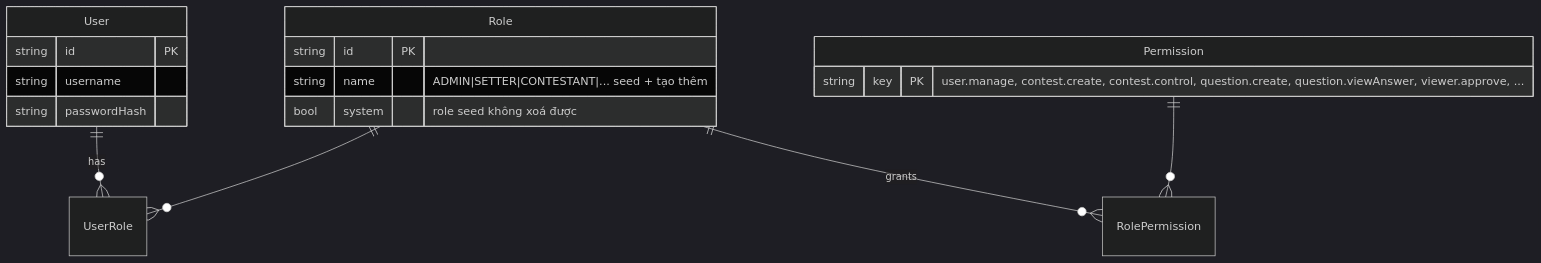
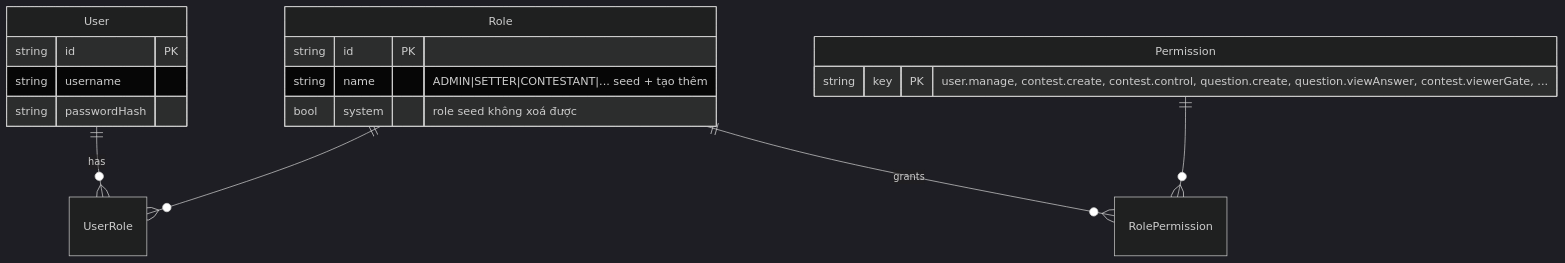
One commit to Noboroto/KnowledgeDome changed the diagram in plans/260711-2340-olympia-contest-system/phase-02-auth-users.md. Above: the diagram before and after it, drawn with Mermaid (dark theme). The commit also changed other lines of this file and 16 other files, not shown here.

````diff
--- a/plans/260711-2340-olympia-contest-system/phase-02-auth-users.md
+++ b/plans/260711-2340-olympia-contest-system/phase-02-auth-users.md
@@ -22,10 +22,10 @@
 ```mermaid
 erDiagram
   User ||--o{ UserRole : has
   Role ||--o{ UserRole : ""
   Role ||--o{ RolePermission : grants
   Permission ||--o{ RolePermission : ""
   User { string id PK  string username  string passwordHash }
   Role { string id PK  string name "ADMIN|SETTER|CONTESTANT|... seed + tạo thêm"  bool system "role seed không xoá được" }
-  Permission { string key PK "user.manage, contest.create, contest.control, question.create, question.viewAnswer, viewer.approve, ..." }
+  Permission { string key PK "user.manage, contest.create, contest.control, question.create, question.viewAnswer, contest.viewerGate, ..." }
 ```
````
